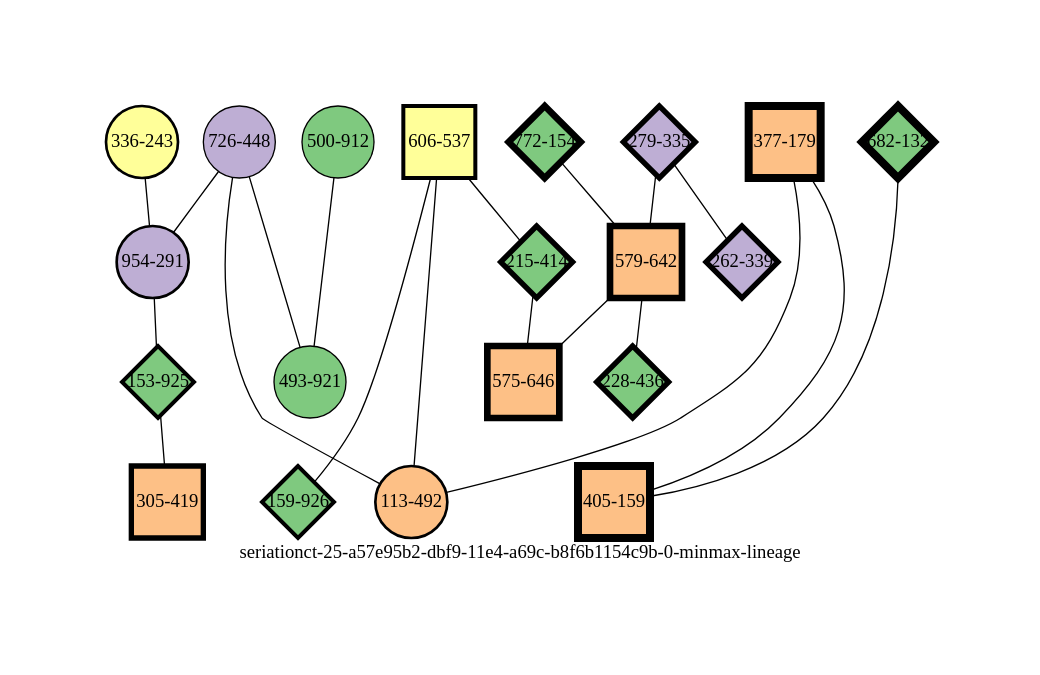
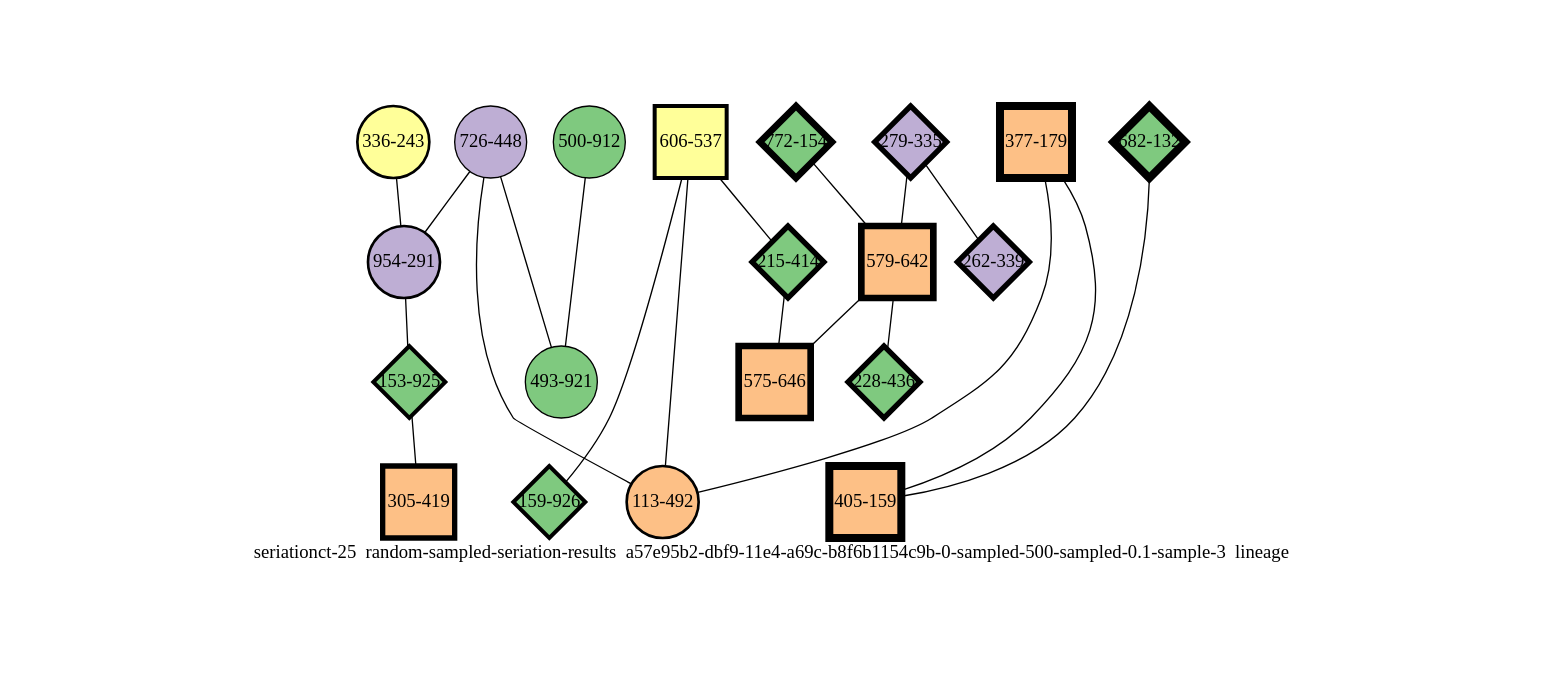
Before and after one commit to mmadsen/experiment-seriationct: the diagram in experiments/seriationct-25/random-sampled-seriation-results/a57e95b2-dbf9-11e4-a69c-b8f6b1154c9b-0-sampled-500-sampled-0.1-sample-3/a57e95b2-dbf9-11e4-a69c-b8f6b1154c9b-0-sampled-500-sampled-0.1-sample-3-minmax-by-weight.png-lineage-annotated-chronological.dot, drawn with Graphviz. The commit also changed 1117 other files, not shown here.

```diff
--- a/experiments/seriationct-25/random-sampled-seriation-results/a57e95b2-dbf9-11e4-a69c-b8f6b1154c9b-0-sampled-500-sampled-0.1-sample-3/a57e95b2-dbf9-11e4-a69c-b8f6b1154c9b-0-sampled-500-sampled-0.1-sample-3-minmax-by-weight.png-lineage-annotated-chronological.dot
+++ b/experiments/seriationct-25/random-sampled-seriation-results/a57e95b2-dbf9-11e4-a69c-b8f6b1154c9b-0-sampled-500-sampled-0.1-sample-3/a57e95b2-dbf9-11e4-a69c-b8f6b1154c9b-0-sampled-500-sampled-0.1-sample-3-minmax-by-weight.png-lineage-annotated-chronological.dot
@@ -1,46 +1,46 @@
-strict graph "seriationct-25-a57e95b2-dbf9-11e4-a69c-b8f6b1154c9b-0-minmax-lineage" {
+strict graph "seriationct-25  random-sampled-seriation-results  a57e95b2-dbf9-11e4-a69c-b8f6b1154c9b-0-sampled-500-sampled-0.1-sample-3  lineage" {
 labelloc=b;
 ratio=auto;
 pad="1.0";
-label="seriationct-25-a57e95b2-dbf9-11e4-a69c-b8f6b1154c9b-0-minmax-lineage";
+label="seriationct-25  random-sampled-seriation-results  a57e95b2-dbf9-11e4-a69c-b8f6b1154c9b-0-sampled-500-sampled-0.1-sample-3  lineage";
 node [width="0.75", style=filled, fixedsize=true, height="0.75", shape=circle, label=""];
 0 [xCoordinate="154.0", appears_in_slice=5, yCoordinate="772.0", colorscheme=accent6, lineage_id=2, short_label="772-154", label="772-154", shape=diamond, cluster_id=0, fillcolor=1, size="500.0", id=0, penwidth="5.0"];
 1 [xCoordinate="448.0", appears_in_slice=1, yCoordinate="726.0", colorscheme=accent6, lineage_id=0, short_label="726-448", label="726-448", shape=circle, cluster_id=1, fillcolor=2, size="500.0", id=1, penwidth="1.0"];
 2 [xCoordinate="335.0", appears_in_slice=4, yCoordinate="279.0", colorscheme=accent6, lineage_id=2, short_label="279-335", label="279-335", shape=diamond, cluster_id=1, fillcolor=2, size="500.0", id=2, penwidth="4.0"];
 3 [xCoordinate="537.0", appears_in_slice=3, yCoordinate="606.0", colorscheme=accent6, lineage_id=1, short_label="606-537", label="606-537", shape=square, cluster_id=3, fillcolor=4, size="500.0", id=3, penwidth="3.0"];
 4 [xCoordinate="243.0", appears_in_slice=2, yCoordinate="336.0", colorscheme=accent6, lineage_id=0, short_label="336-243", label="336-243", shape=circle, cluster_id=3, fillcolor=4, size="500.0", id=6, penwidth="2.0"];
 5 [xCoordinate="926.0", appears_in_slice=3, yCoordinate="159.0", colorscheme=accent6, lineage_id=2, short_label="159-926", label="159-926", shape=diamond, cluster_id=0, fillcolor=1, size="500.0", id=5, penwidth="3.0"];
 6 [xCoordinate="291.0", appears_in_slice=2, yCoordinate="954.0", colorscheme=accent6, lineage_id=0, short_label="954-291", label="954-291", shape=circle, cluster_id=1, fillcolor=2, size="500.0", id=12, penwidth="2.0"];
 7 [xCoordinate="912.0", appears_in_slice=1, yCoordinate="500.0", colorscheme=accent6, lineage_id=0, short_label="500-912", label="500-912", shape=circle, cluster_id=0, fillcolor=1, size="500.0", id=4, penwidth="1.0"];
 8 [xCoordinate="414.0", appears_in_slice=4, yCoordinate="215.0", colorscheme=accent6, lineage_id=2, short_label="215-414", label="215-414", shape=diamond, cluster_id=0, fillcolor=1, size="500.0", id=7, penwidth="4.0"];
 9 [xCoordinate="179.0", appears_in_slice=6, yCoordinate="377.0", colorscheme=accent6, lineage_id=1, short_label="377-179", label="377-179", shape=square, cluster_id=2, fillcolor=3, size="500.0", id=8, penwidth="6.0"];
 10 [xCoordinate="642.0", appears_in_slice=5, yCoordinate="579.0", colorscheme=accent6, lineage_id=1, short_label="579-642", label="579-642", shape=square, cluster_id=2, fillcolor=3, size="500.0", id=16, penwidth="5.0"];
 11 [xCoordinate="921.0", appears_in_slice=1, yCoordinate="493.0", colorscheme=accent6, lineage_id=0, short_label="493-921", label="493-921", shape=circle, cluster_id=0, fillcolor=1, size="500.0", id=10, penwidth="1.0"];
 12 [xCoordinate="925.0", appears_in_slice=3, yCoordinate="153.0", colorscheme=accent6, lineage_id=2, short_label="153-925", label="153-925", shape=diamond, cluster_id=0, fillcolor=1, size="500.0", id=11, penwidth="3.0"];
 13 [xCoordinate="339.0", appears_in_slice=4, yCoordinate="262.0", colorscheme=accent6, lineage_id=2, short_label="262-339", label="262-339", shape=diamond, cluster_id=1, fillcolor=2, size="500.0", id=14, penwidth="4.0"];
 14 [xCoordinate="492.0", appears_in_slice=2, yCoordinate="113.0", colorscheme=accent6, lineage_id=0, short_label="113-492", label="113-492", shape=circle, cluster_id=2, fillcolor=3, size="500.0", id=13, penwidth="2.0"];
 15 [xCoordinate="436.0", appears_in_slice=4, yCoordinate="228.0", colorscheme=accent6, lineage_id=2, short_label="228-436", label="228-436", shape=diamond, cluster_id=0, fillcolor=1, size="500.0", id=9, penwidth="4.0"];
 16 [xCoordinate="132.0", appears_in_slice=6, yCoordinate="682.0", colorscheme=accent6, lineage_id=2, short_label="682-132", label="682-132", shape=diamond, cluster_id=0, fillcolor=1, size="500.0", id=15, penwidth="6.0"];
 17 [xCoordinate="159.0", appears_in_slice=6, yCoordinate="405.0", colorscheme=accent6, lineage_id=1, short_label="405-159", label="405-159", shape=square, cluster_id=2, fillcolor=3, size="500.0", id=17, penwidth="6.0"];
 18 [xCoordinate="419.0", appears_in_slice=4, yCoordinate="305.0", colorscheme=accent6, lineage_id=1, short_label="305-419", label="305-419", shape=square, cluster_id=2, fillcolor=3, size="500.0", id=18, penwidth="4.0"];
 19 [xCoordinate="646.0", appears_in_slice=5, yCoordinate="575.0", colorscheme=accent6, lineage_id=1, short_label="575-646", label="575-646", shape=square, cluster_id=2, fillcolor=3, size="500.0", id=19, penwidth="5.0"];
 0 -- 10  [inverseweight="23.5180217096", weight="0.0425205832509"];
 1 -- 11  [inverseweight="2.20677975555", weight="0.453148982124"];
 1 -- 14  [inverseweight="2.05491791959", weight="0.486637442045"];
 1 -- 6  [inverseweight="2.08040981119", weight="0.480674526057"];
 2 -- 10  [inverseweight="1.55363437978", weight="0.643652079931"];
 2 -- 13  [inverseweight="41.6666666667", weight="0.024"];
 3 -- 8  [inverseweight="2.50112575994", weight="0.399819959482"];
 3 -- 5  [inverseweight="1.15594654968", weight="0.865091902632"];
 3 -- 14  [inverseweight="2.17650664775", weight="0.459451847314"];
 4 -- 6  [inverseweight="18.7911507001", weight="0.0532165387826"];
 6 -- 12  [inverseweight="1.85639014882", weight="0.538679867825"];
 7 -- 11  [inverseweight="21.204723242", weight="0.0471593044902"];
 8 -- 19  [inverseweight="1.80274138597", weight="0.554710735429"];
 9 -- 17  [inverseweight="2.32822718049", weight="0.429511350257"];
 9 -- 14  [inverseweight="1.59300309398", weight="0.627745171228"];
 10 -- 19  [inverseweight="1.53495603243", weight="0.651484458756"];
 10 -- 15  [inverseweight="2.62330785636", weight="0.381198111223"];
 12 -- 18  [inverseweight="2.53758071538", weight="0.394076134776"];
 16 -- 17  [inverseweight="2.41791483438", weight="0.41357949659"];
 }
```
